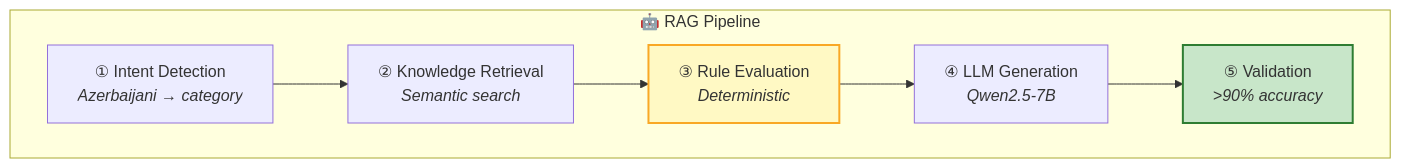
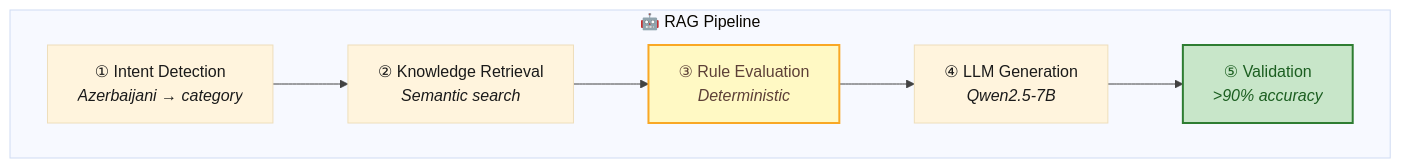
The tenth of 19 diagrams in docs/zekalab/03-ARCHITECTURE.md (Px8Studio/yonja), drawn with Mermaid before and after one commit. The commit also changed other lines of this file and 2 other files, not shown here.

Commit message:
Refine styling in architecture diagrams for improved clarity and consistency

````diff
--- a/docs/zekalab/03-ARCHITECTURE.md
+++ b/docs/zekalab/03-ARCHITECTURE.md
@@ -436,15 +443,16 @@
 ```mermaid
+%%{init: {'theme': 'base', 'themeVariables': { 'primaryTextColor': '#1a1a1a', 'lineColor': '#424242'}}}%%
 flowchart TB
     subgraph pipeline["🤖 RAG Pipeline"]
         step1["① Intent Detection<br/><i>Azerbaijani → category</i>"]
         step2["② Knowledge Retrieval<br/><i>Semantic search</i>"]
         step3["③ Rule Evaluation<br/><i>Deterministic</i>"]
         step4["④ LLM Generation<br/><i>Qwen2.5-7B</i>"]
         step5["⑤ Validation<br/><i>>90% accuracy</i>"]
         
         step1 --> step2 --> step3 --> step4 --> step5
     end
     
-    style step3 fill:#fff9c4,stroke:#f9a825,stroke-width:2px
-    style step5 fill:#c8e6c9,stroke:#2e7d32,stroke-width:2px
+    style step3 fill:#fff9c4,stroke:#f9a825,stroke-width:2px,color:#5d4037
+    style step5 fill:#c8e6c9,stroke:#2e7d32,stroke-width:2px,color:#1b5e20
 ```
````
